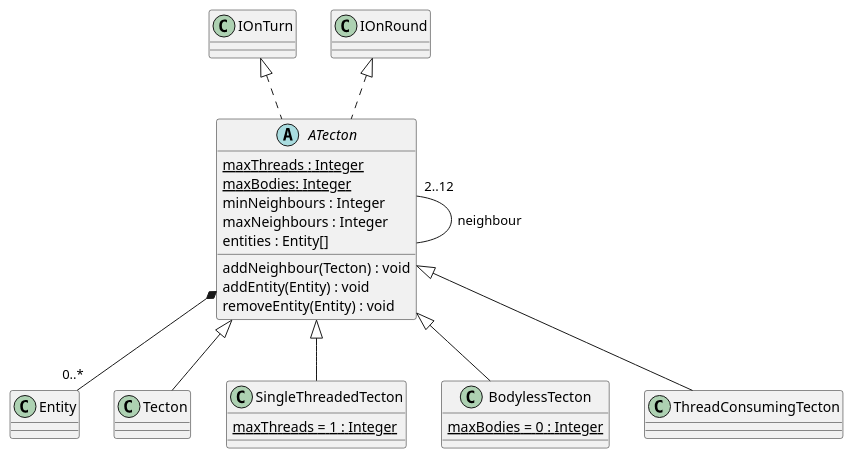
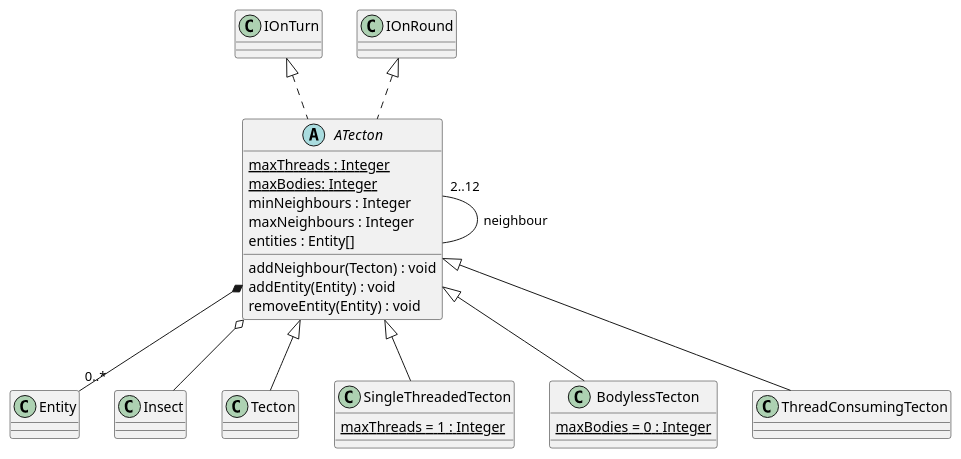
The diagram in 3/classes/tecton.puml (Petya-G/fungorium), drawn with PlantUML before and after one commit. The commit also changed 1 other file, not shown here.

Commit message:
fixed tecton and insect

```diff
--- a/3/classes/tecton.puml
+++ b/3/classes/tecton.puml
@@ -1,46 +1,47 @@
 @startuml tecton
   ATecton "2..12" -- ATecton : neighbour
   'ATecton o-- "0..*" Insect
   'ATecton *-- "0..*" Spore
   IOnTurn<|.. ATecton 
   IOnRound <|.. ATecton 
   ATecton *-- "0..*" Entity
+  ATecton o-- Insect
   abstract class ATecton {
     {static} maxThreads : Integer
     {static} maxBodies: Integer
     minNeighbours : Integer
     maxNeighbours : Integer
     entities : Entity[]
 
     addNeighbour(Tecton) : void
     addEntity(Entity) : void
     removeEntity(Entity) : void
   }
 
   'Tecton *-- "0..1" MushroomStem 
   'Tecton *-- "0..*" MushroomThread
   
   ATecton <|-- Tecton
   class Tecton {
   }
 
   'SingleThreadedTecton *-- "0..1" MushroomStem
   'SingleThreadedTecton "2" *-- "0..1" MushroomThread
   ATecton <|-- SingleThreadedTecton
   class SingleThreadedTecton {
     {static} maxThreads = 1 : Integer
   }
 
 
   'BodylessTecton "2" *-- "0..*" MushroomThread
   ATecton <|-- BodylessTecton
   class BodylessTecton {
     {static} maxBodies = 0 : Integer
   }
 
   ' ThreadConsumingTecton *-- "0..1" MushroomStem
   'ThreadConsumingTecton "2" *-- "0..*" MushroomThread
   ATecton <|-- ThreadConsumingTecton
   class ThreadConsumingTecton {
   }
 @enduml
```
